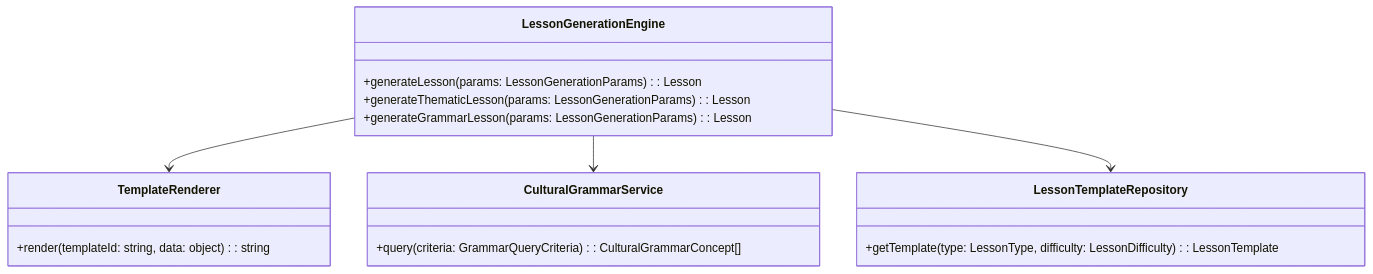
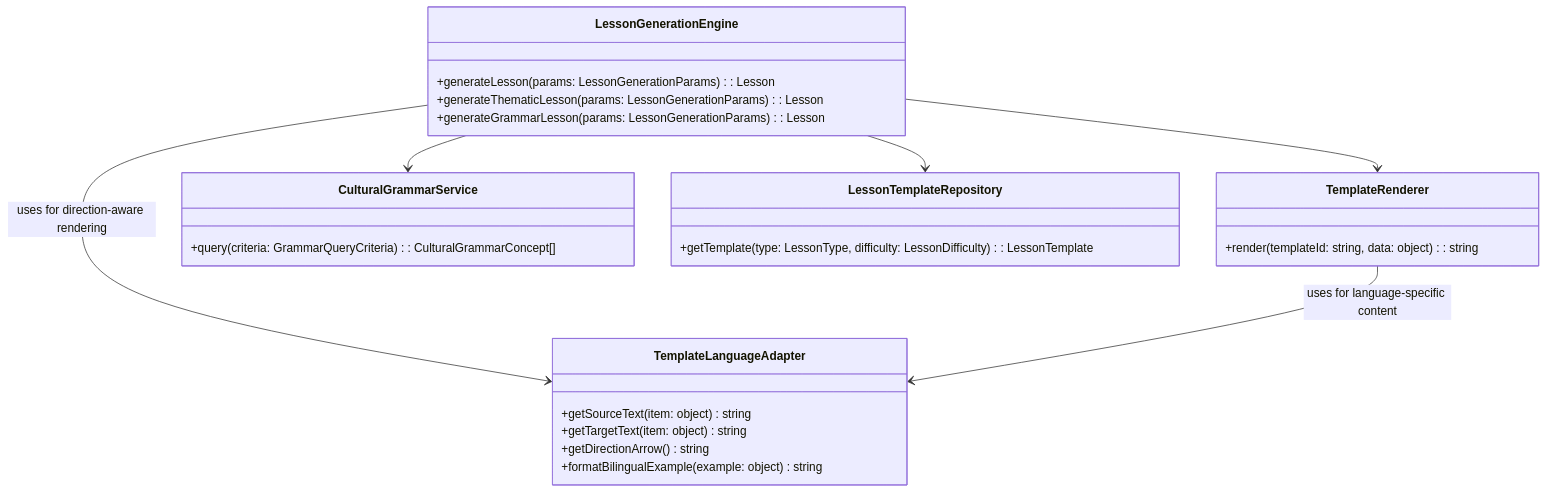
One commit to YungSeepferd/BulgarianGermanLearningApp changed the second of 2 diagrams in docs/design/DESIGN_CONCEPT.md. Above: the diagram before and after it, drawn with Mermaid. The commit also changed other lines of this file and 304 other files, not shown here.

````diff
--- a/docs/design/DESIGN_CONCEPT.md
+++ b/docs/design/DESIGN_CONCEPT.md
@@ -86,24 +147,33 @@
 ```mermaid
 classDiagram
     class LessonGenerationEngine {
         +generateLesson(params: LessonGenerationParams): Lesson
         +generateThematicLesson(params: LessonGenerationParams): Lesson
         +generateGrammarLesson(params: LessonGenerationParams): Lesson
     }
 
     class TemplateRenderer {
         +render(templateId: string, data: object): string
     }
 
     class CulturalGrammarService {
         +query(criteria: GrammarQueryCriteria): CulturalGrammarConcept[]
     }
 
     class LessonTemplateRepository {
         +getTemplate(type: LessonType, difficulty: LessonDifficulty): LessonTemplate
     }
 
+    class TemplateLanguageAdapter {
+        +getSourceText(item: object) string
+        +getTargetText(item: object) string
+        +getDirectionArrow() string
+        +formatBilingualExample(example: object) string
+    }
+
     LessonGenerationEngine --> TemplateRenderer
     LessonGenerationEngine --> CulturalGrammarService
     LessonGenerationEngine --> LessonTemplateRepository
+    LessonGenerationEngine --> TemplateLanguageAdapter : uses for direction-aware rendering
+    TemplateRenderer --> TemplateLanguageAdapter : uses for language-specific content
 ```
````
